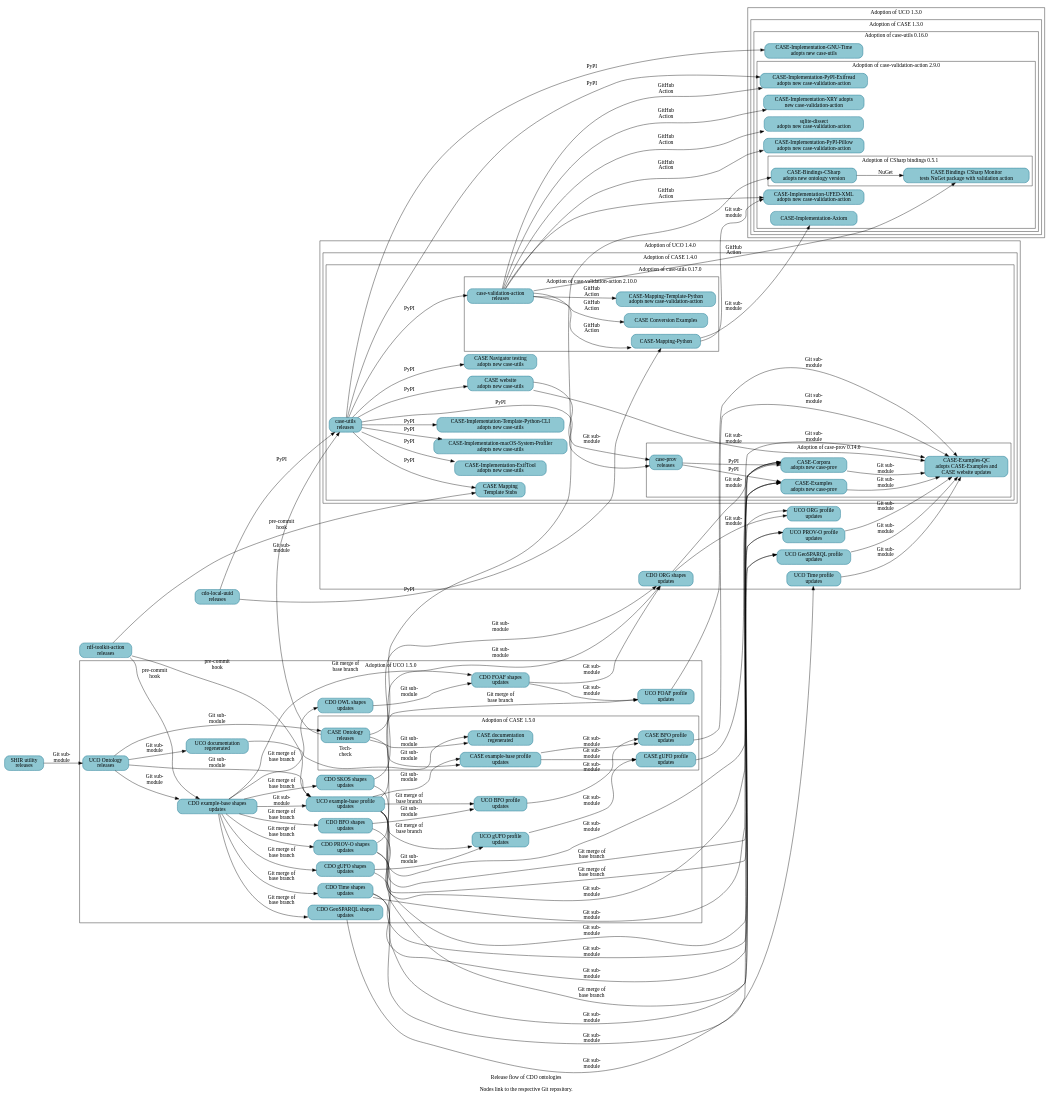
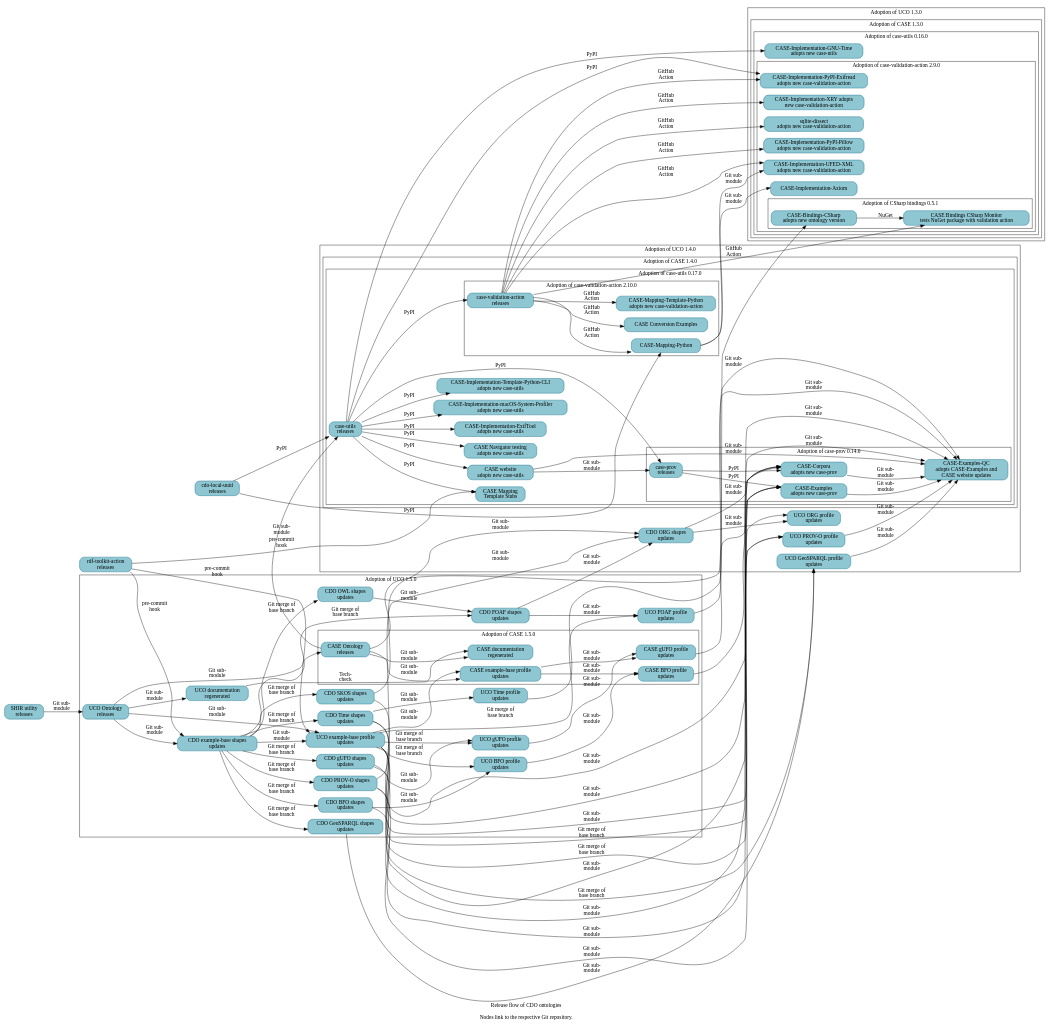
Before and after one commit to Cyber-Domain-Ontology/cdo.github.io: the diagram in resources/project_release_flow.dot, drawn with Graphviz. The commit also changed other lines of this file, not shown here.

First line of the commit message:
Bump adoption of UCO

```diff
--- a/resources/project_release_flow.dot
+++ b/resources/project_release_flow.dot
@@ -46,7 +46,6 @@
     _GH__UCOPROJECT__UCO_PROFILE_GEOSPARQL [URL="https://github.com/ucoProject/UCO-Profile-GeoSPARQL" label="UCO GeoSPARQL profile\nupdates"] ;
     _GH__UCOPROJECT__UCO_PROFILE_ORG [URL="https://github.com/ucoProject/UCO-Profile-ORG" label="UCO ORG profile\nupdates"] ;
     _GH__UCOPROJECT__UCO_PROFILE_PROV_O [URL="https://github.com/ucoProject/UCO-Profile-PROV-O" label="UCO PROV-O profile\nupdates"] ;
-    _GH__UCOPROJECT__UCO_PROFILE_TIME [URL="https://github.com/ucoProject/UCO-Profile-Time" label="UCO Time profile\nupdates"] ;
 
     subgraph cluster_case_1_4_0 {
       label = "Adoption of CASE 1.4.0" ;
@@ -101,6 +100,7 @@
     _GH__UCOPROJECT__UCO_PROFILE_EXAMPLE [URL="https://github.com/ucoProject/UCO-Profile-Example" label="UCO example-base profile\nupdates"] ;
     _GH__UCOPROJECT__UCO_PROFILE_FOAF [URL="https://github.com/ucoProject/UCO-Profile-FOAF" label="UCO FOAF profile\nupdates"] ;
     _GH__UCOPROJECT__UCO_PROFILE_GUFO [URL="https://github.com/ucoProject/UCO-Profile-gufo" label="UCO gUFO profile\nupdates"] ;
+    _GH__UCOPROJECT__UCO_PROFILE_TIME [URL="https://github.com/ucoProject/UCO-Profile-Time" label="UCO Time profile\nupdates"] ;
 
     subgraph cluster_case_1_5_0 {
       label = "Adoption of CASE 1.5.0" ;
```
